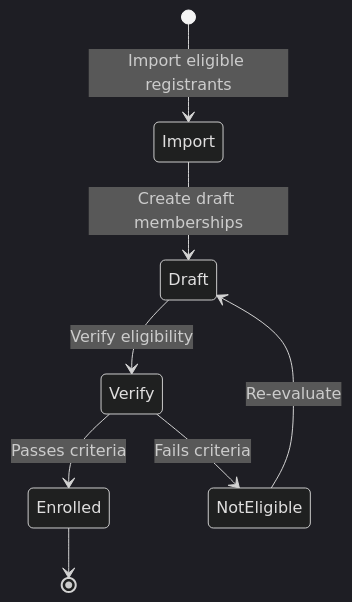
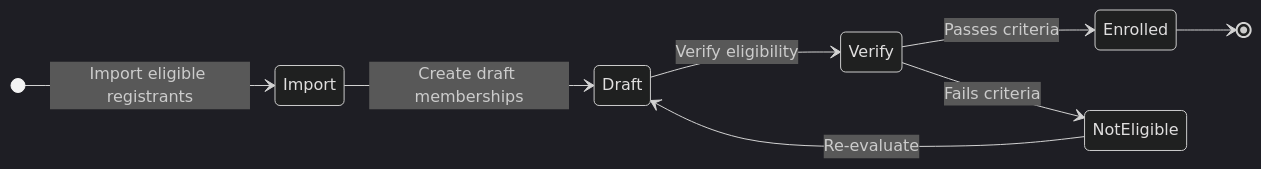
The second of 3 diagrams in docs/learn/concepts/eligibility.md (OpenSPP/documentation), drawn with Mermaid (dark theme) before and after one commit. The commit also changed 4 other files, not shown here.

First line of the commit message:
fix: use horizontal layout for mermaid state diagrams

````diff
--- a/docs/learn/concepts/eligibility.md
+++ b/docs/learn/concepts/eligibility.md
@@ -204,10 +204,11 @@
 ```{mermaid}
 stateDiagram-v2
+    direction LR
     [*] --> Import: Import eligible registrants
     Import --> Draft: Create draft memberships
     Draft --> Verify: Verify eligibility
     Verify --> Enrolled: Passes criteria
     Verify --> NotEligible: Fails criteria
     Enrolled --> [*]
     NotEligible --> Draft: Re-evaluate
 ```
````
